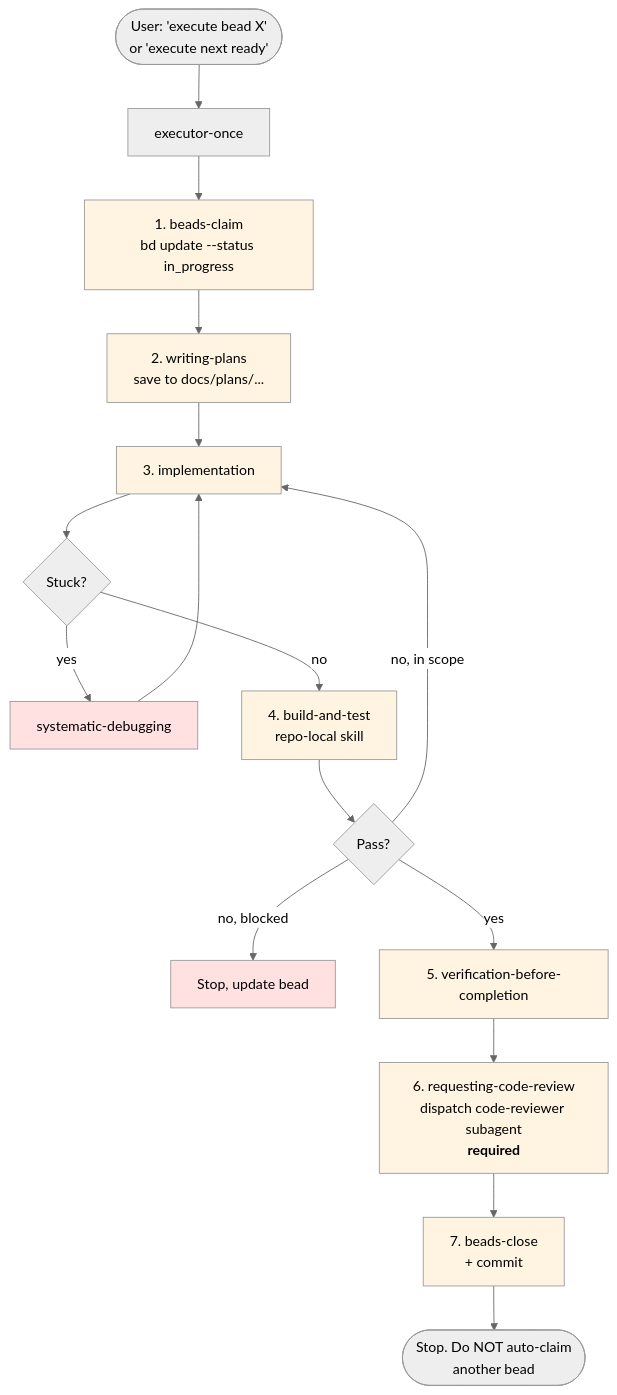
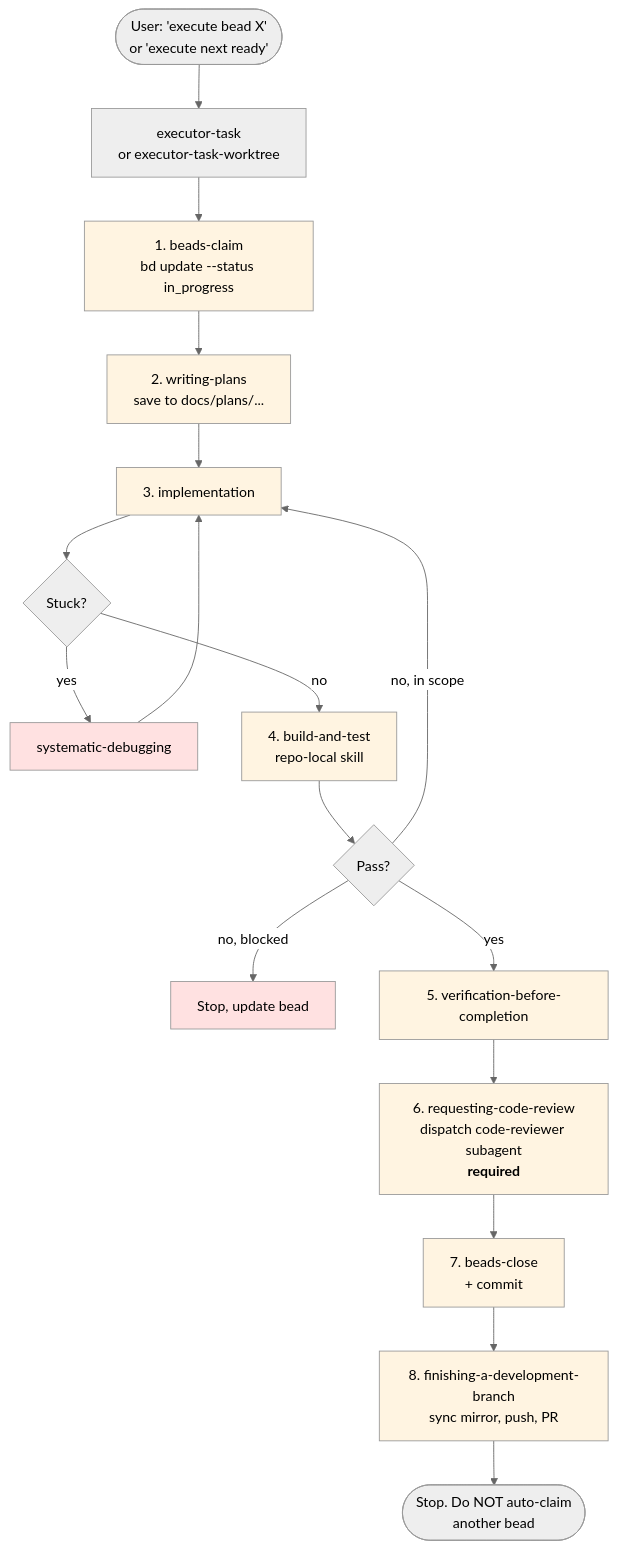
One commit to jsiovn/workflow-template changed the third of 5 diagrams in docs/SKILLS_RELATIONSHIPS.md. Above: the diagram before and after it, drawn with Mermaid (neutral theme). The commit also changed other lines of this file and 61 other files, not shown here.

````diff
--- a/docs/SKILLS_RELATIONSHIPS.md
+++ b/docs/SKILLS_RELATIONSHIPS.md
@@ -143,29 +119,30 @@
 ```mermaid
 flowchart TD
-    START([User: 'execute bead X'<br/>or 'execute next ready']) --> EO[executor-once]
-    EO --> S1[1. beads-claim<br/>bd update --status in_progress]
+    START([User: 'execute bead X'<br/>or 'execute next ready']) --> ET[executor-task<br/>or executor-task-worktree]
+    ET --> S1[1. beads-claim<br/>bd update --status in_progress]
     S1 --> S2[2. writing-plans<br/>save to docs/plans/...]
     S2 --> S3[3. implementation]
     S3 --> Q1{Stuck?}
     Q1 -->|yes| SD[systematic-debugging]
     SD --> S3
     Q1 -->|no| S4[4. build-and-test<br/>repo-local skill]
     S4 --> Q2{Pass?}
     Q2 -->|no, in scope| S3
     Q2 -->|no, blocked| BLOCK[Stop, update bead]
     Q2 -->|yes| S5[5. verification-before-completion]
     S5 --> S6[6. requesting-code-review<br/>dispatch code-reviewer subagent<br/><b>required</b>]
     S6 --> S7[7. beads-close<br/>+ commit]
-    S7 --> END([Stop. Do NOT auto-claim<br/>another bead])
+    S7 --> S8[8. finishing-a-development-branch<br/>sync mirror, push, PR]
+    S8 --> END([Stop. Do NOT auto-claim<br/>another bead])
 
     style S1 fill:#fff4e1
     style S2 fill:#fff4e1
-    style S6 fill:#fff4e1
-    style S7 fill:#fff4e1
     style S3 fill:#fff4e1
     style S4 fill:#fff4e1
     style S5 fill:#fff4e1
     style S6 fill:#fff4e1
+    style S7 fill:#fff4e1
+    style S8 fill:#fff4e1
     style SD fill:#ffe1e1
     style BLOCK fill:#ffe1e1
 ```
````
